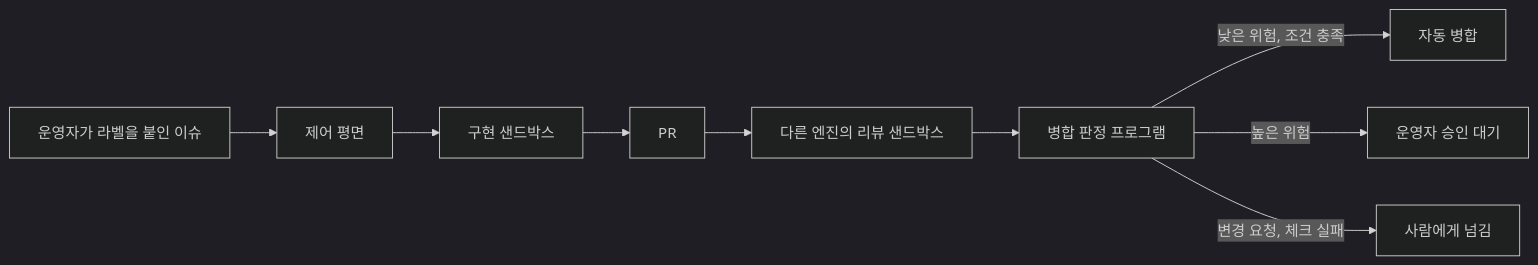
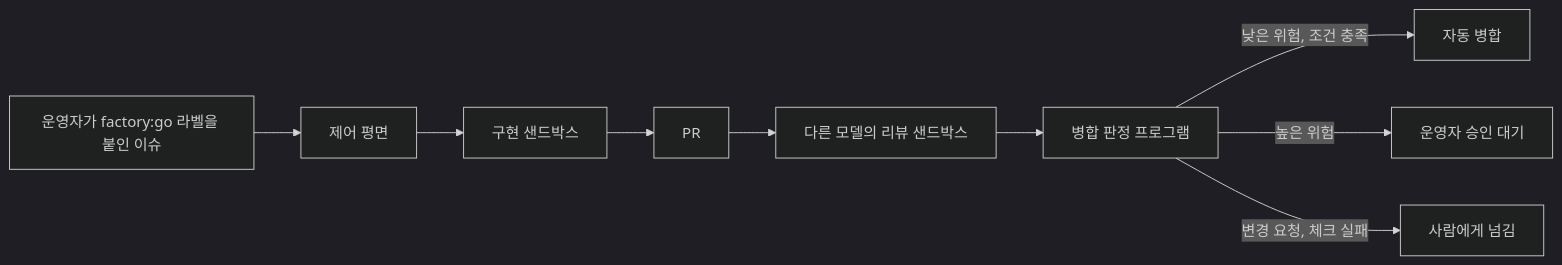
One commit to roboco-io/the-software-factory-demo changed the diagram in README.md. Above: the diagram before and after it, drawn with Mermaid (dark theme). The commit also changed other lines of this file, not shown here.

````diff
--- a/README.md
+++ b/README.md
@@ -7,11 +14,11 @@
 ```mermaid
 flowchart LR
-  I["운영자가 라벨을 붙인 이슈"] --> C["제어 평면"]
+  I["운영자가 factory:go 라벨을 붙인 이슈"] --> C["제어 평면"]
   C --> S["구현 샌드박스"]
   S --> P["PR"]
-  P --> R["다른 엔진의 리뷰 샌드박스"]
+  P --> R["다른 모델의 리뷰 샌드박스"]
   R --> D["병합 판정 프로그램"]
   D -->|"낮은 위험, 조건 충족"| M["자동 병합"]
   D -->|"높은 위험"| H["운영자 승인 대기"]
   D -->|"변경 요청, 체크 실패"| N["사람에게 넘김"]
 ```
````
